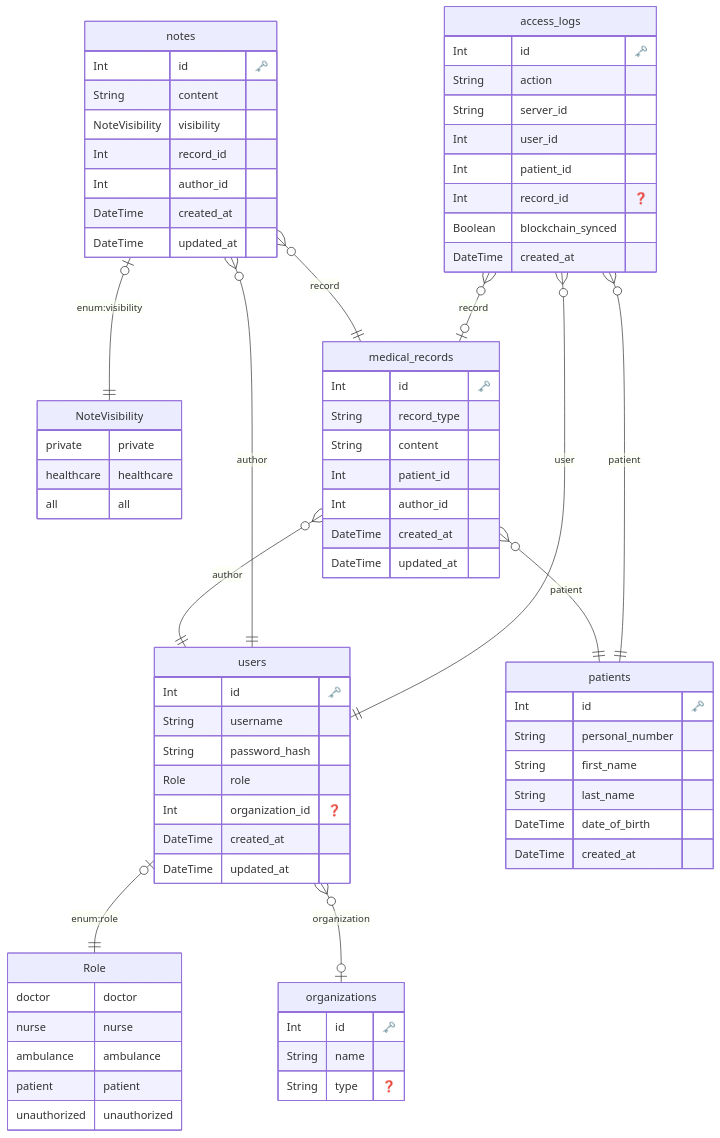
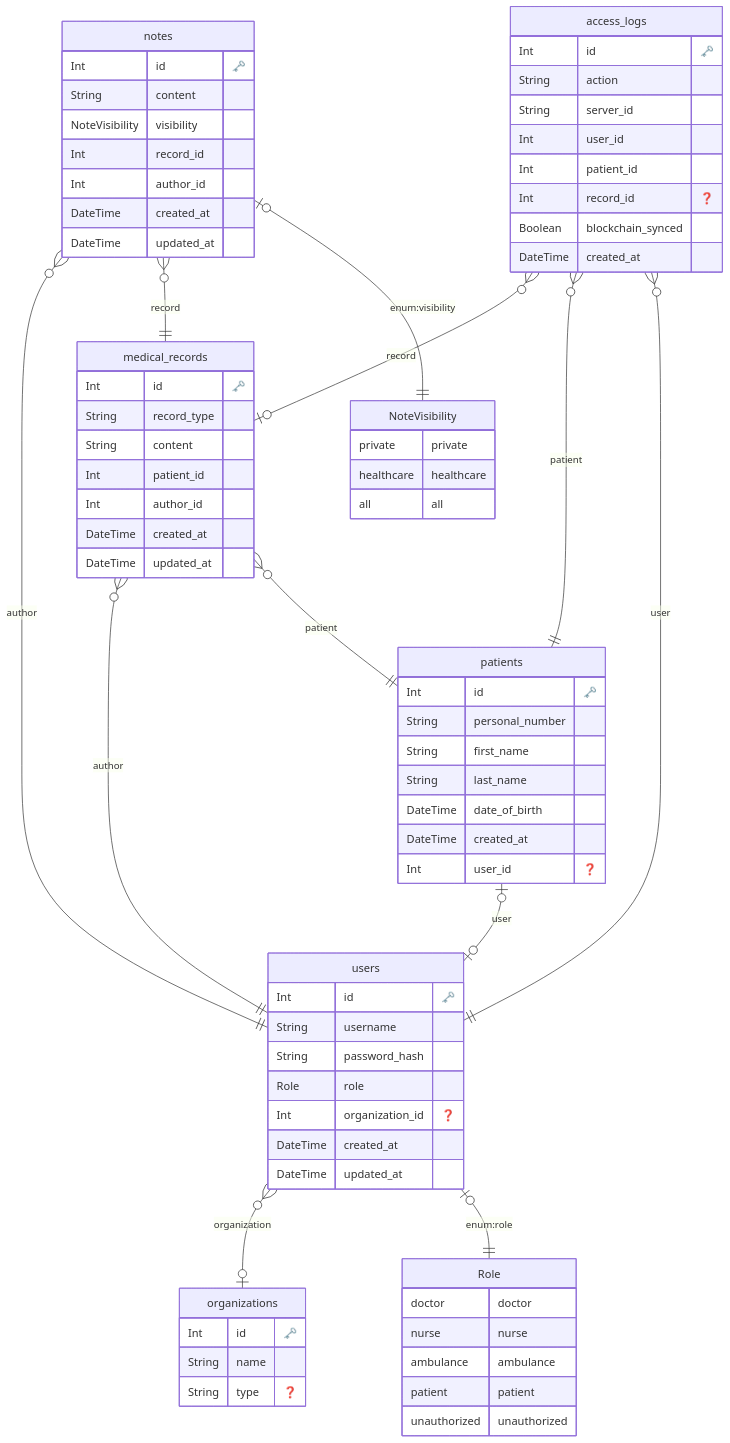
The diagram in docs/diagrams/data-model.md (matdevstamp/inl-3-awesome-journal), drawn with Mermaid before and after one commit. The commit also changed 27 other files, not shown here.

```diff
--- a/docs/diagrams/data-model.md
+++ b/docs/diagrams/data-model.md
@@ -42,6 +42,7 @@
     String last_name 
     DateTime date_of_birth 
     DateTime created_at 
+    Int user_id "❓"
     }
   
 
@@ -80,6 +81,7 @@
   
     "users" |o--|| "Role" : "enum:role"
     "users" }o--|o "organizations" : "organization"
+    "patients" |o--|o "users" : "user"
     "medical_records" }o--|| "patients" : "patient"
     "medical_records" }o--|| "users" : "author"
     "notes" |o--|| "NoteVisibility" : "enum:visibility"
```
